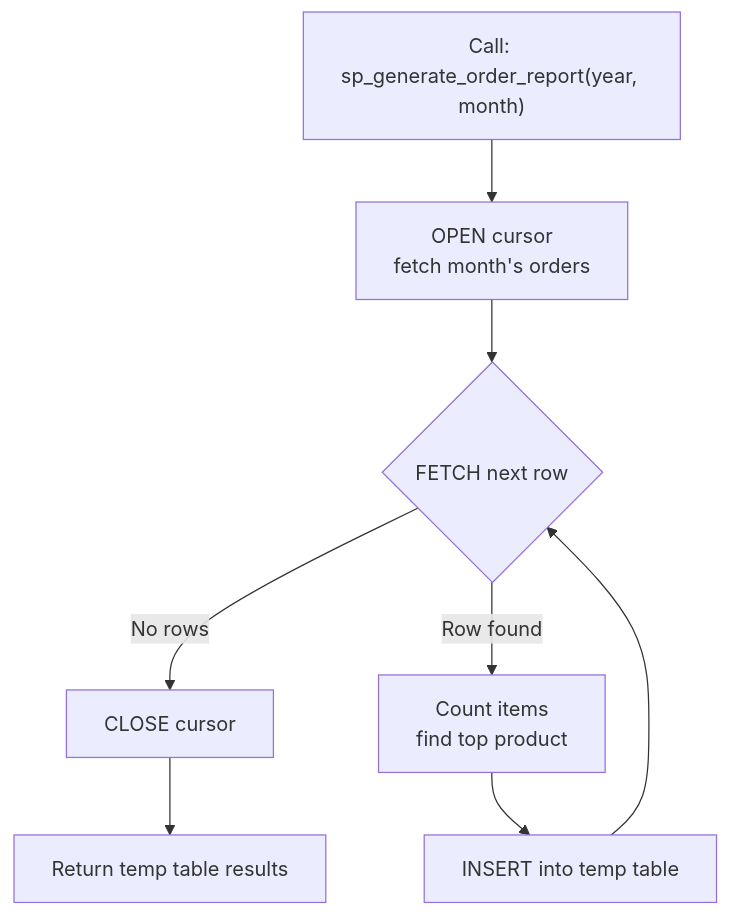
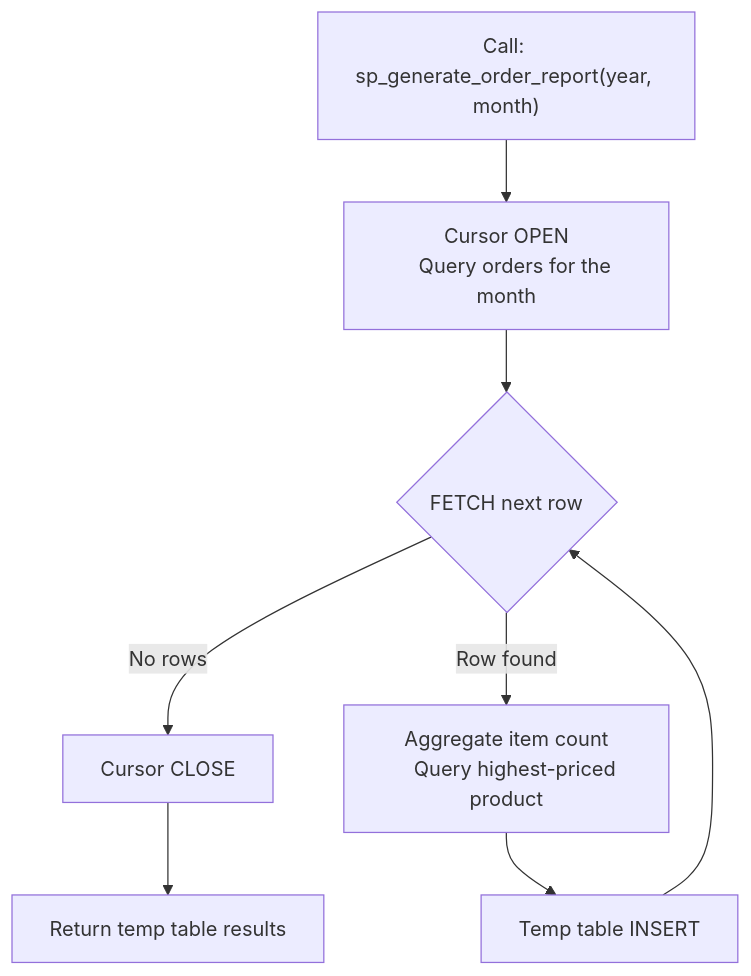
Before and after one commit to civilian7/sql-tutorial: diagram 13 of 15 in docs/en/schema/procedures.md, drawn with Mermaid. The commit also changed other lines of this file and 121 other files, not shown here.

````diff
--- a/docs/en/schema/procedures.md
+++ b/docs/en/schema/procedures.md
@@ -1332,12 +1347,12 @@
 ```mermaid
 flowchart TD
-    A["Call: sp_generate_order_report(year, month)"] --> B["OPEN cursor
-    fetch month's orders"]
+    A["Call: sp_generate_order_report(year, month)"] --> B["Cursor OPEN
+    Query orders for the month"]
     B --> C{"FETCH next row"}
-    C -- No rows --> F["CLOSE cursor"]
-    C -- Row found --> D["Count items
-    find top product"]
-    D --> E["INSERT into temp table"]
+    C -- No rows --> F["Cursor CLOSE"]
+    C -- Row found --> D["Aggregate item count
+    Query highest-priced product"]
+    D --> E["Temp table INSERT"]
     E --> C
     F --> G["Return temp table results"]
 ```
````
